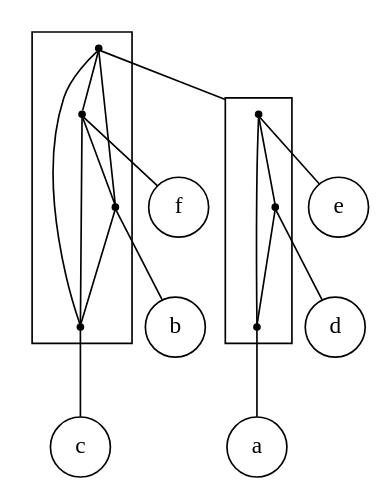
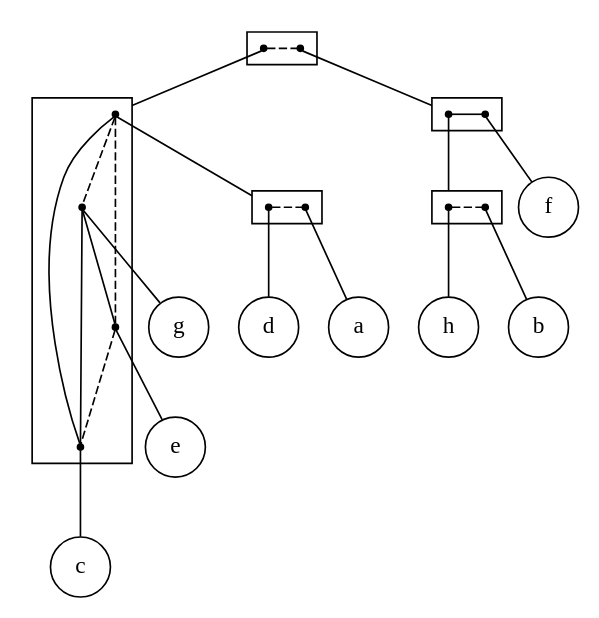
The diagram in src/extension/plain_2-structure_with_threshold.dot (lrodrin/TFG), drawn with Graphviz before and after one commit. The commit also changed 36 other files, not shown here.

```diff
--- a/src/extension/plain_2-structure_with_threshold.dot
+++ b/src/extension/plain_2-structure_with_threshold.dot
@@ -1,37 +1,61 @@
 strict digraph "plain_2-structure_with_threshold" {
 compound=true;
 fontname=Verdana;
 fontsize=12;
 newrank=true;
 node [shape=circle];
+g;
+e;
+c;
 f;
-b;
-c;
-e;
 d;
 a;
-subgraph cluster_badfce {
+h;
+b;
+subgraph cluster_cdghebaf {
+rank=same;
 node [shape=point];
-s_dea -> s_f  [arrowhead=none, color=black];
-s_dea -> s_b  [arrowhead=none, color=black];
-s_dea -> s_c  [arrowhead=none, color=black];
-s_f -> s_b  [arrowhead=none, color=black];
-s_f -> s_c  [arrowhead=none, color=black];
-s_b -> s_c  [arrowhead=none, color=black];
+s_gecad -> s_hbf  [color=black, style=dashed, arrowhead=none];
 }
 
-subgraph cluster_dea {
+subgraph cluster_gecad {
 node [shape=point];
-s_e -> s_d  [arrowhead=none, color=black];
-s_e -> s_a  [arrowhead=none, color=black];
-s_d -> s_a  [arrowhead=none, color=black];
+s_da -> s_g  [color=black, style=dashed, arrowhead=none];
+s_da -> s_e  [color=black, style=dashed, arrowhead=none];
+s_da -> s_c  [color=black, style=solid, arrowhead=none];
+s_g -> s_e  [color=black, style=solid, arrowhead=none];
+s_g -> s_c  [color=black, style=solid, arrowhead=none];
+s_e -> s_c  [color=black, style=dashed, arrowhead=none];
 }
 
-s_dea -> s_e  [arrowhead=none, lhead=cluster_dea];
+subgraph cluster_hbf {
+rank=same;
+node [shape=point];
+s_hb -> s_f  [color=black, style=solid, arrowhead=none];
+}
+
+subgraph cluster_da {
+rank=same;
+node [shape=point];
+s_d -> s_a  [color=black, style=dashed, arrowhead=none];
+}
+
+subgraph cluster_hb {
+rank=same;
+node [shape=point];
+s_h -> s_b  [color=black, style=dashed, arrowhead=none];
+}
+
+s_gecad -> s_da  [lhead=cluster_gecad, arrowhead=none];
+s_hbf -> s_hb  [lhead=cluster_hbf, arrowhead=none];
+s_da -> s_d  [lhead=cluster_da, arrowhead=none];
+s_g -> g  [arrowhead=none];
+s_e -> e  [arrowhead=none];
+s_c -> c  [arrowhead=none];
+s_hb -> s_h  [lhead=cluster_hb, arrowhead=none];
 s_f -> f  [arrowhead=none];
-s_b -> b  [arrowhead=none];
-s_c -> c  [arrowhead=none];
-s_e -> e  [arrowhead=none];
 s_d -> d  [arrowhead=none];
 s_a -> a  [arrowhead=none];
+s_h -> h  [arrowhead=none];
+s_b -> b  [arrowhead=none];
 }
```
